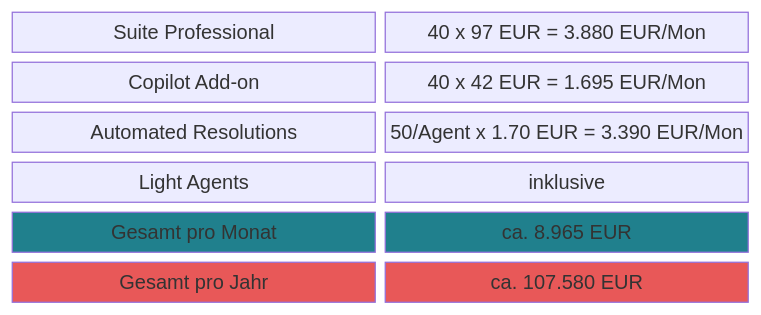
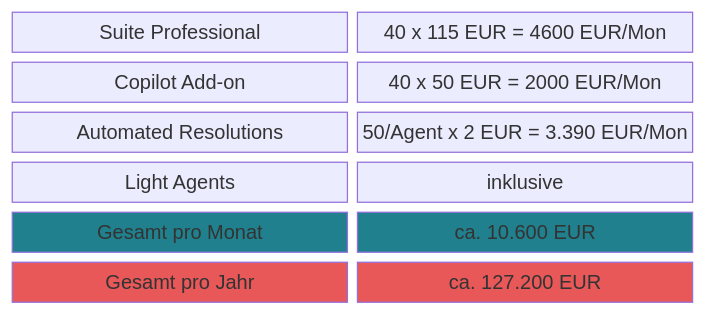
Before and after one commit to tekknix/zendesk-ai: the second of 11 diagrams in readme.md, drawn with Mermaid. The commit also changed other lines of this file, not shown here.

````diff
--- a/readme.md
+++ b/readme.md
@@ -38,15 +38,15 @@
 ```mermaid
 block-beta
     columns 2
-    A["Suite Professional"]:1 B["40 x 97 EUR = 3.880 EUR/Mon"]:1
-    C["Copilot Add-on"]:1 D["40 x 42 EUR = 1.695 EUR/Mon"]:1
-    E["Automated Resolutions"]:1 F["50/Agent x 1.70 EUR = 3.390 EUR/Mon"]:1
+    A["Suite Professional"]:1 B["40 x 115 EUR = 4600 EUR/Mon"]:1
+    C["Copilot Add-on"]:1 D["40 x 50 EUR = 2000 EUR/Mon"]:1
+    E["Automated Resolutions"]:1 F["50/Agent x 2 EUR = 3.390 EUR/Mon"]:1
     G["Light Agents"]:1 H["inklusive"]:1
-    I["Gesamt pro Monat"]:1 J["ca. 8.965 EUR"]:1
-    K["Gesamt pro Jahr"]:1 L["ca. 107.580 EUR"]:1
+    I["Gesamt pro Monat"]:1 J["ca. 10.600 EUR"]:1
+    K["Gesamt pro Jahr"]:1 L["ca. 127.200 EUR"]:1
 
     style I fill:#20808D,color:#fff
     style J fill:#20808D,color:#fff
     style K fill:#E85858,color:#fff
     style L fill:#E85858,color:#fff
 ```
````
